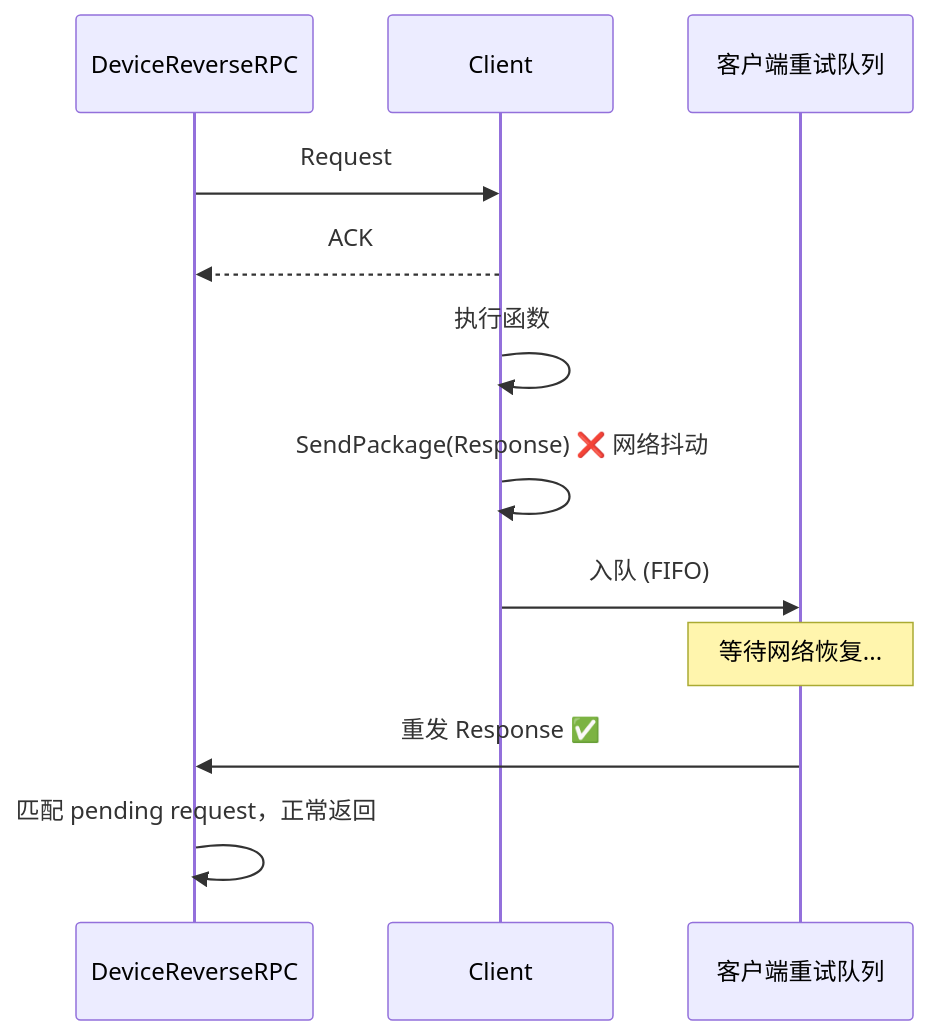
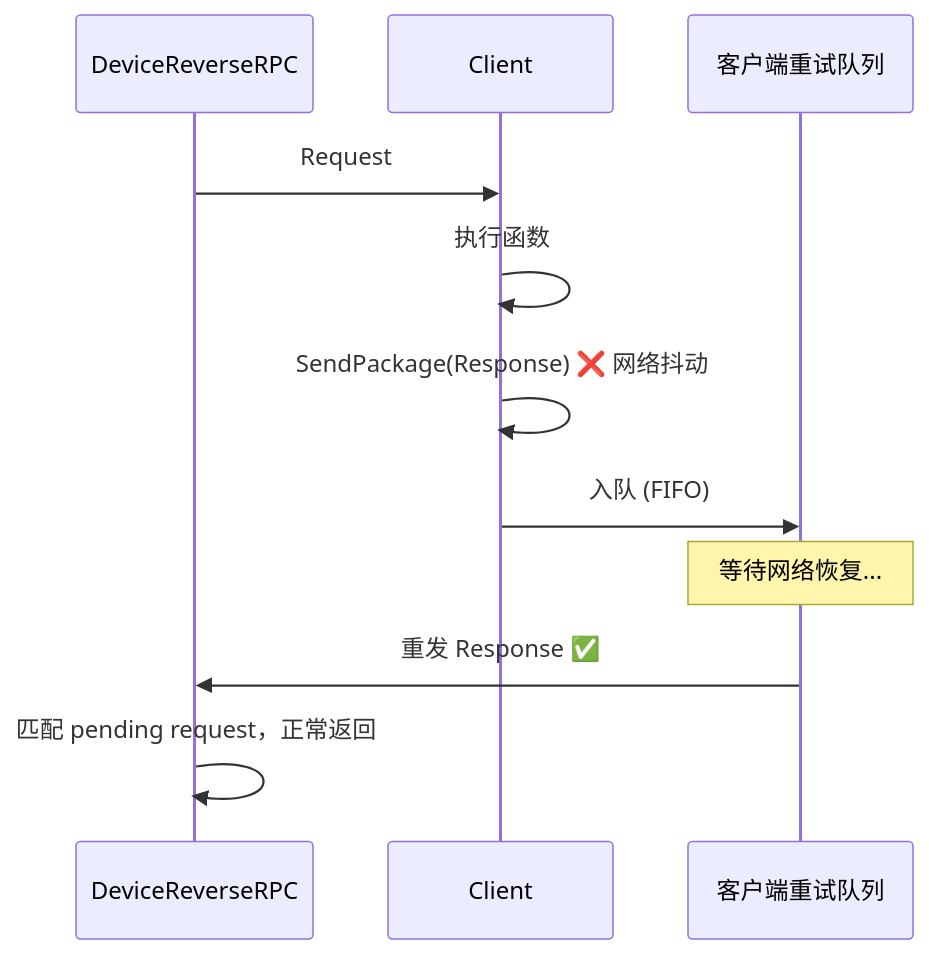
Diagram 20 of 20 in docs/DESIGN_CLIENT_FUNCTION_AGENT_TOOLS.md (PineappleBond/xyncra-server), drawn with Mermaid before and after one commit. The commit also changed other lines of this file, not shown here.

First line of the commit message:
docs: remove ACK mechanism, add (userID,deviceID) connection constraint

````diff
--- a/docs/DESIGN_CLIENT_FUNCTION_AGENT_TOOLS.md
+++ b/docs/DESIGN_CLIENT_FUNCTION_AGENT_TOOLS.md
@@ -783,15 +784,14 @@
 ```mermaid
 sequenceDiagram
     participant RRPC as DeviceReverseRPC
     participant Client
     participant Queue as 客户端重试队列
 
     RRPC->>Client: Request
-    Client-->>RRPC: ACK
     Client->>Client: 执行函数
     Client->>Client: SendPackage(Response) ❌ 网络抖动
     Client->>Queue: 入队 (FIFO)
     Note over Queue: 等待网络恢复...
     Queue->>RRPC: 重发 Response ✅
     RRPC->>RRPC: 匹配 pending request，正常返回
 ```
````
